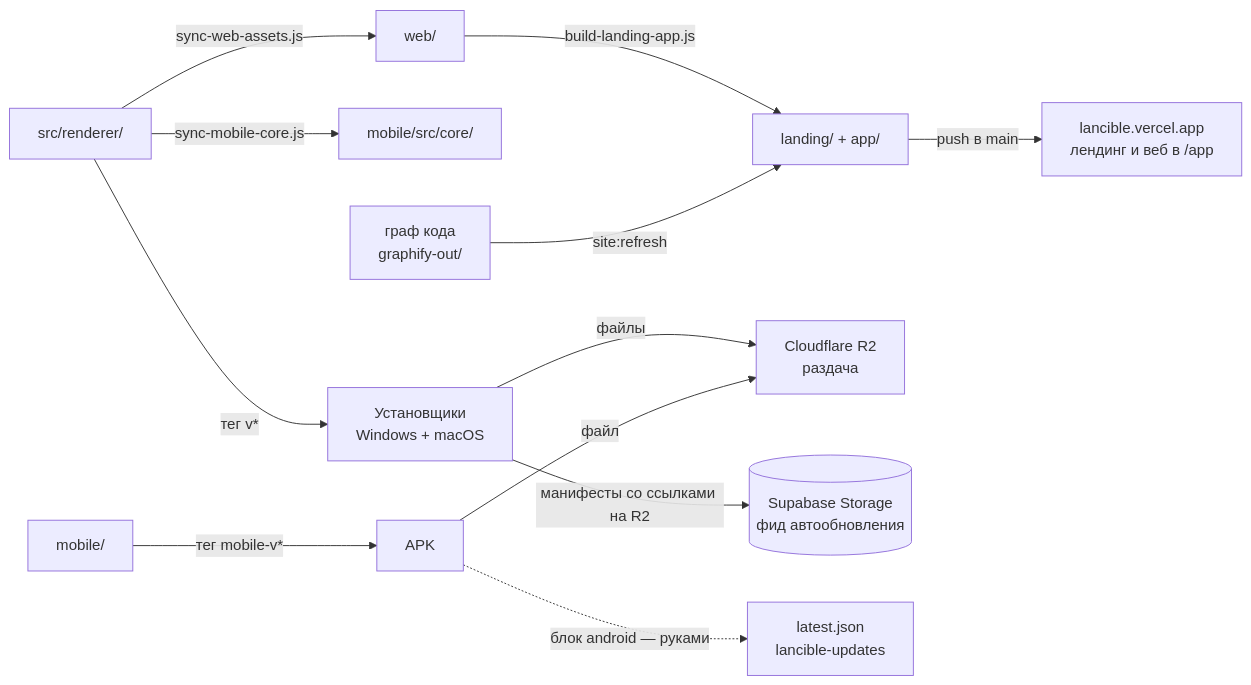
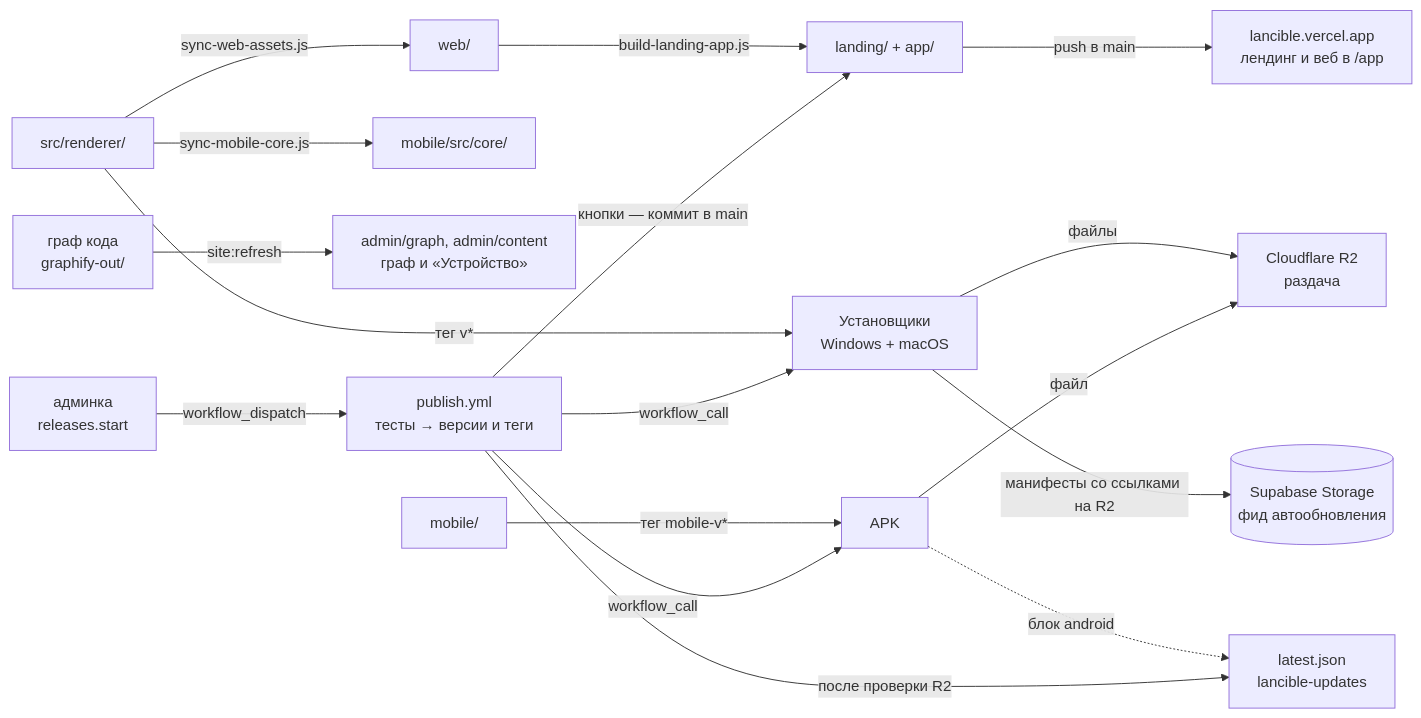
Before and after one commit to lancibleofficial/Lancible: the sixth of 6 diagrams in ARCHITECTURE.md, drawn with Mermaid. The commit also changed other lines of this file and 140 other files, not shown here.

First line of the commit message:
Админ-панель; журнал, устройство и граф кода — в неё; статистика экранов, редакция 2026-10-23

````diff
--- a/ARCHITECTURE.md
+++ b/ARCHITECTURE.md
@@ -699,14 +816,19 @@
 ```mermaid
 graph LR
     SRC["src/renderer/"] -->|"sync-web-assets.js"| WEBDIR["web/"]
     SRC -->|"sync-mobile-core.js"| MOBCORE["mobile/src/core/"]
     WEBDIR -->|"build-landing-app.js"| LAND
-    GRAPH["граф кода<br/>graphify-out/"] -->|"site:refresh"| LAND
+    GRAPH["граф кода<br/>graphify-out/"] -->|"site:refresh"| ADMSITE["admin/graph, admin/content<br/>граф и «Устройство»"]
     LAND["landing/ + app/"] -->|"push в main"| VLAND["lancible.vercel.app<br/>лендинг и веб в /app"]
     SRC -->|"тег v*"| REL["Установщики<br/>Windows + macOS"]
     REL -->|"файлы"| R2["Cloudflare R2<br/>раздача"]
     REL -->|"манифесты со ссылками на R2"| FEED[("Supabase Storage<br/>фид автообновления")]
     MOBSRC["mobile/"] -->|"тег mobile-v*"| APK["APK"]
     APK -->|"файл"| R2
-    APK -.->|"блок android — руками"| UPD["latest.json<br/>lancible-updates"]
+    APK -.->|"блок android"| UPD["latest.json<br/>lancible-updates"]
+    ADMIN["админка<br/>releases.start"] -->|"workflow_dispatch"| PUB["publish.yml<br/>тесты → версии и теги"]
+    PUB -->|"workflow_call"| REL
+    PUB -->|"workflow_call"| APK
+    PUB -->|"после проверки R2"| UPD
+    PUB -->|"кнопки — коммит в main"| LAND
 ```
````
